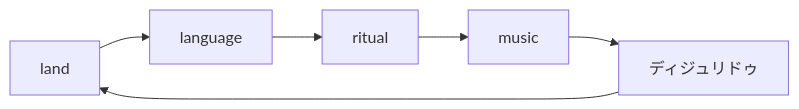
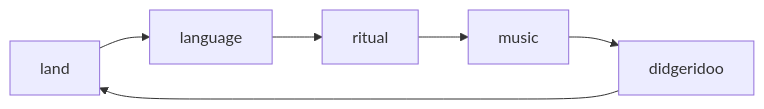
The second of 2 diagrams in en/_posts/2026-01-16-column-didgeridoo-sound.md (monumental-movement/monumental-movement.github.io), drawn with Mermaid before and after one commit. The commit also changed other lines of this file and 422 other files, not shown here.

```diff
--- a/en/_posts/2026-01-16-column-didgeridoo-sound.md
+++ b/en/_posts/2026-01-16-column-didgeridoo-sound.md
@@ -155,8 +155,8 @@
 <div class="mermaid">
 flowchart LR
     Land[land] --> Language[language]
     Language --> Ritual[ritual]
     Ritual --> Music[music]
-    Music --> Instrument[ディジュリドゥ]
+    Music --> Instrument[didgeridoo]
     Instrument --> Land
 </div>
```
